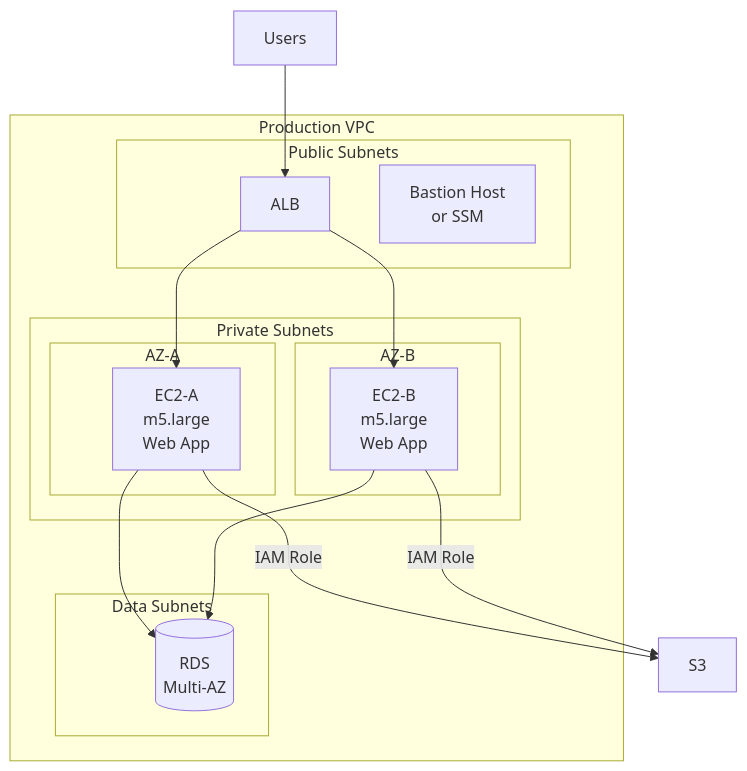
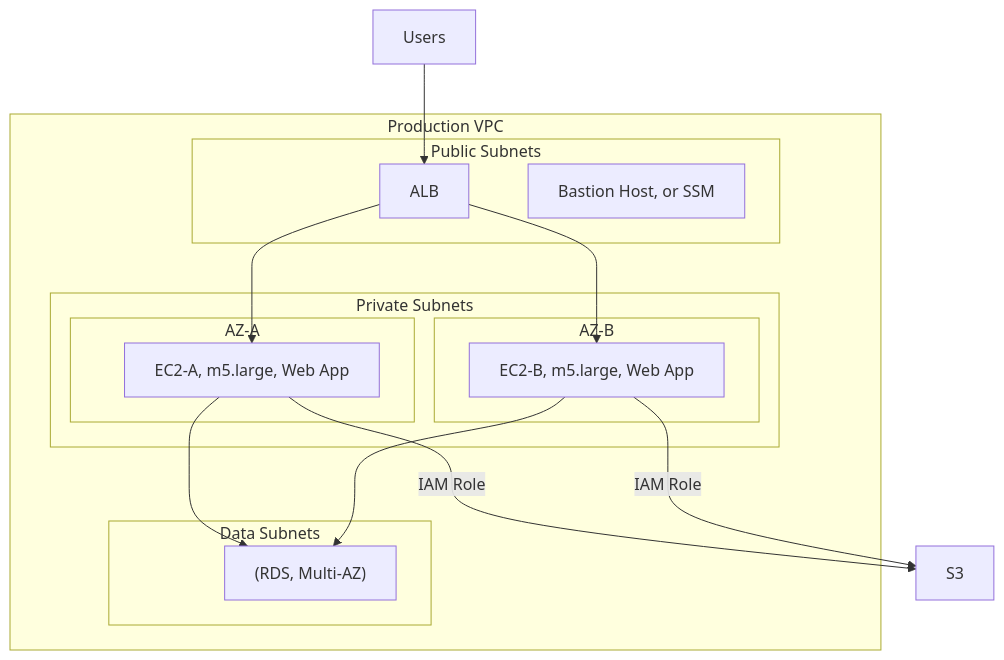
Before and after one commit to DeeptiShuklaProject/Uday_AWS: the first of 2 diagrams in Chapter_03_Amazon_EC2.md, drawn with Mermaid. The commit also changed 34 other files, not shown here.

Commit message:
Fix mermaid diagrams syntax across all chapters (quote labels and remove HTML)

````diff
--- a/Chapter_03_Amazon_EC2.md
+++ b/Chapter_03_Amazon_EC2.md
@@ -215,29 +215,29 @@
 ```mermaid
 flowchart TD
     subgraph VPC["Production VPC"]
         subgraph Public["Public Subnets"]
             ALB[ALB]
-            Bastion[Bastion Host<br>or SSM]
+            Bastion["Bastion Host, or SSM"]
         end
         subgraph Private["Private Subnets"]
             subgraph AZA["AZ-A"]
-                EC2A[EC2-A<br>m5.large<br>Web App]
+                EC2A["EC2-A, m5.large, Web App"]
             end
             subgraph AZB["AZ-B"]
-                EC2B[EC2-B<br>m5.large<br>Web App]
+                EC2B["EC2-B, m5.large, Web App"]
             end
         end
         subgraph Data["Data Subnets"]
-            RDS[(RDS<br>Multi-AZ)]
+            RDS["(RDS, Multi-AZ)"]
         end
     end
     
     Users[Users] --> ALB
     ALB --> EC2A
     ALB --> EC2B
     EC2A --> RDS
     EC2B --> RDS
     
     EC2A -->|IAM Role| S3[S3]
     EC2B -->|IAM Role| S3
 ```
````
